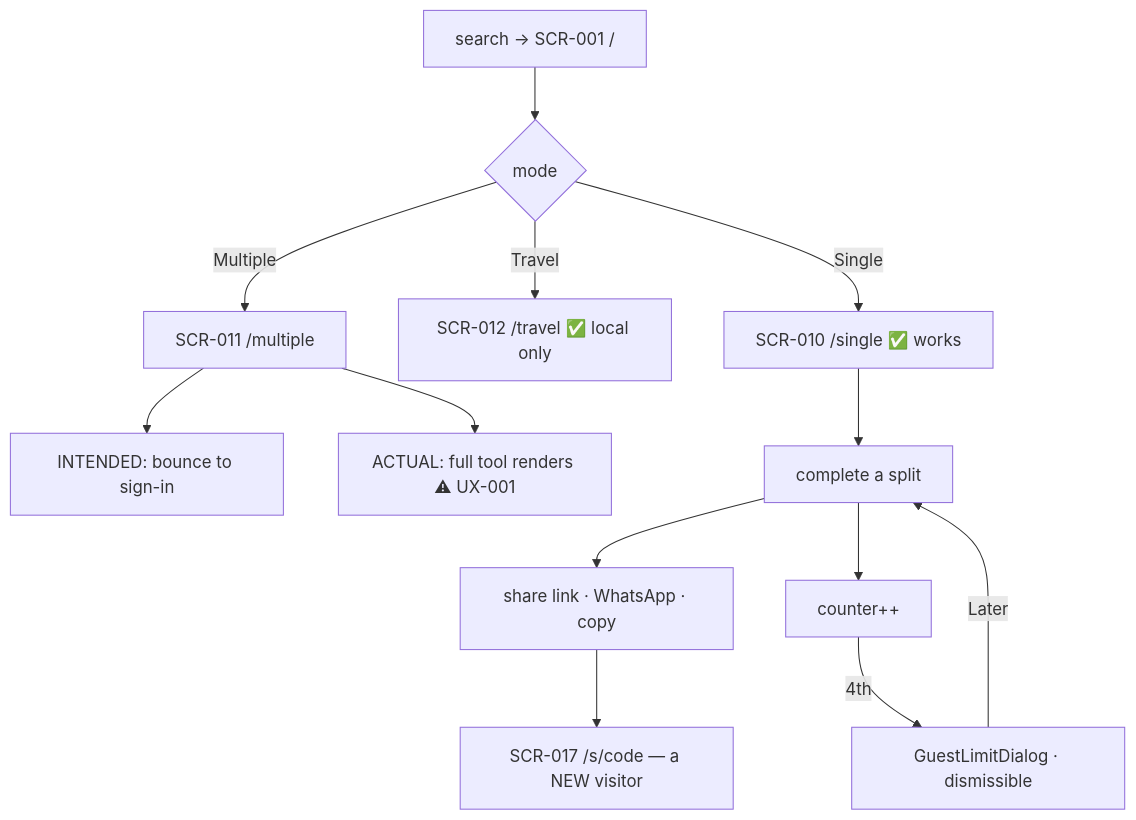
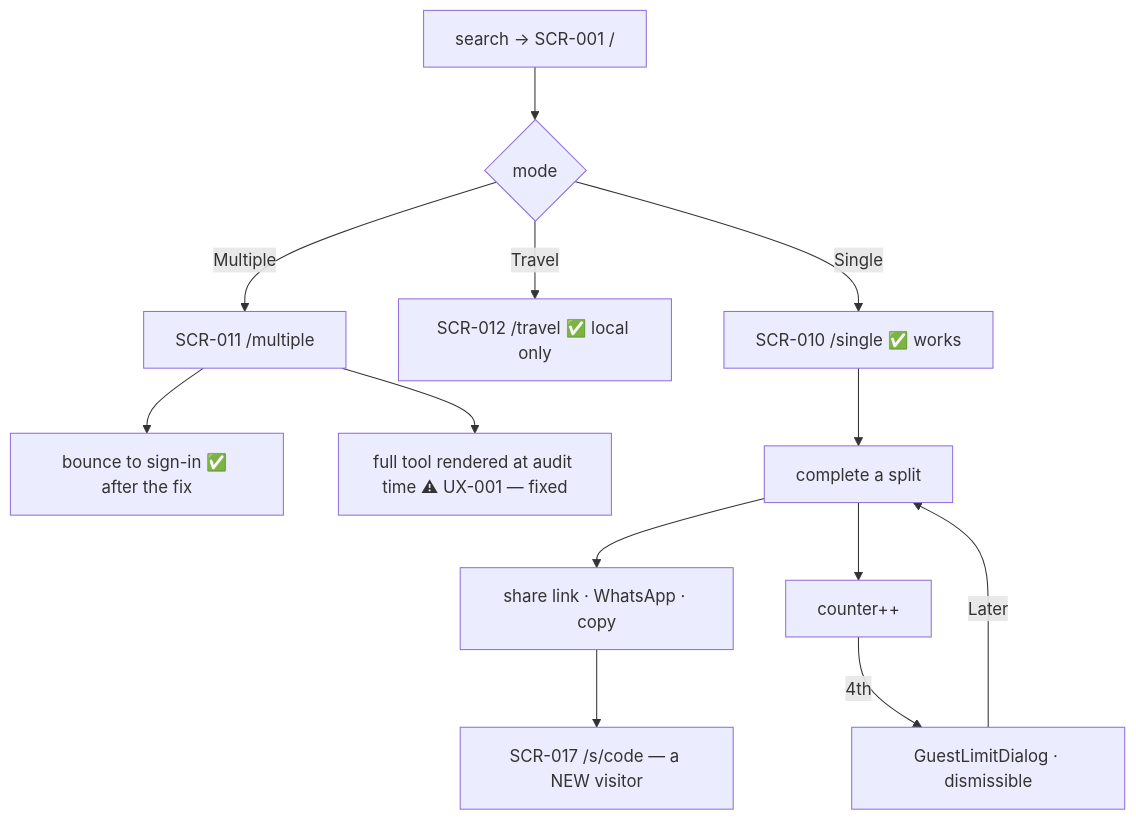
Before and after one commit to Madaffadl/Splitzy: the sixth of 8 diagrams in docs/ux/user-flows.md, drawn with Mermaid. The commit also changed other lines of this file and 9 other files, not shown here.

````diff
--- a/docs/ux/user-flows.md
+++ b/docs/ux/user-flows.md
@@ -178,17 +178,17 @@
 ```mermaid
 flowchart TD
     A["search → SCR-001 /"] --> B{"mode"}
     B -->|Single| C["SCR-010 /single ✅ works"]
     B -->|Travel| D["SCR-012 /travel ✅ local only"]
     B -->|Multiple| E["SCR-011 /multiple"]
 
-    E --> E1["INTENDED: bounce to sign-in"]
-    E --> E2["ACTUAL: full tool renders ⚠ UX-001"]
+    E --> E1["bounce to sign-in ✅ after the fix"]
+    E --> E2["full tool rendered at audit time ⚠ UX-001 — fixed"]
 
     C --> F["complete a split"]
     F --> G["share link · WhatsApp · copy"]
     G --> H["SCR-017 /s/code — a NEW visitor"]
     F --> I["counter++"]
     I -->|4th| J["GuestLimitDialog · dismissible"]
     J -->|Later| F
 ```
````
